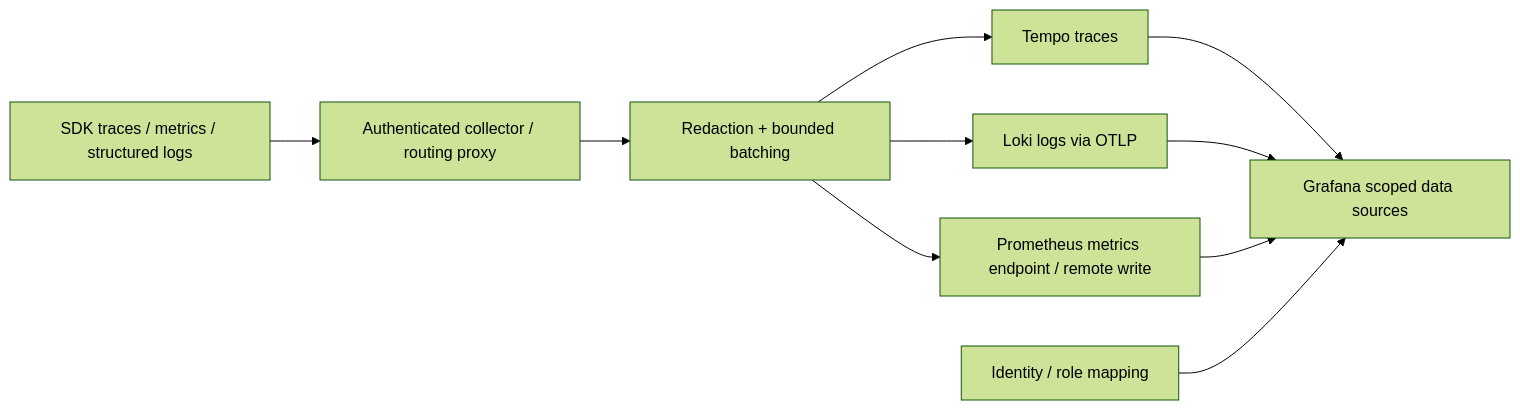
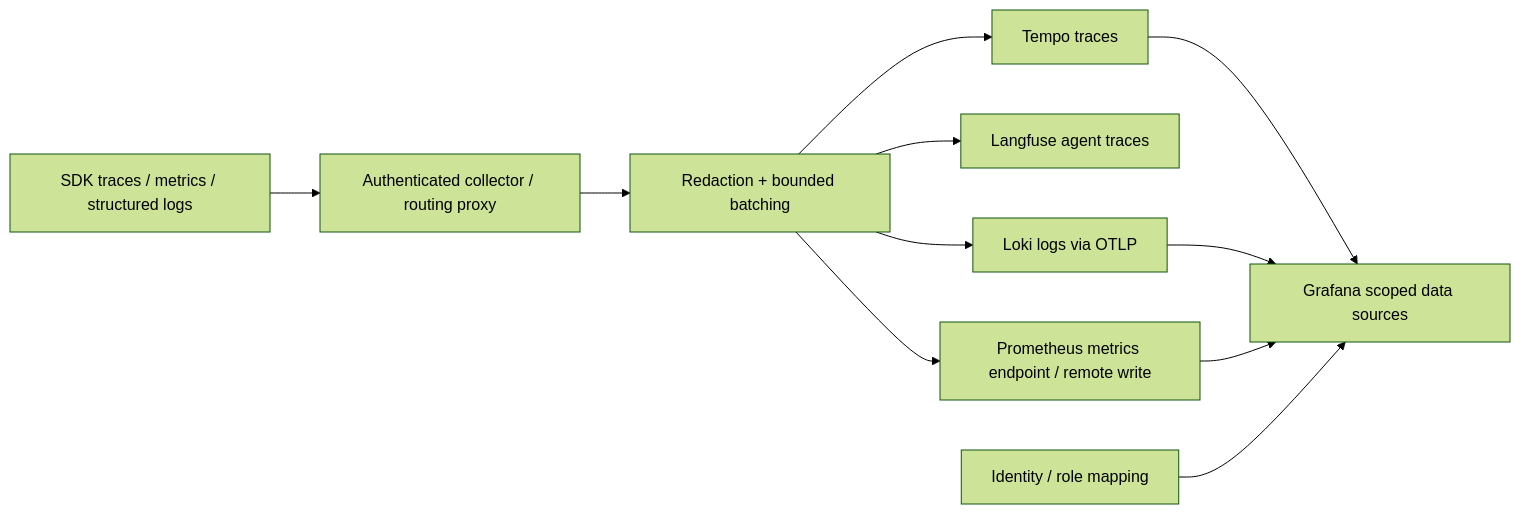
Before and after one commit to SANDESHSALUNKE143/agentic-architecture: the diagram in docs/observability.md, drawn with Mermaid (forest theme). The commit also changed other lines of this file and 34 other files, not shown here.

````diff
--- a/docs/observability.md
+++ b/docs/observability.md
@@ -9,12 +9,13 @@
 ```mermaid
 flowchart LR
   SDK[SDK traces / metrics / structured logs] --> EDGE[Authenticated collector / routing proxy]
   EDGE --> REDACT[Redaction + bounded batching]
   REDACT --> TEMPO[Tempo traces]
+  REDACT --> LF[Langfuse agent traces]
   REDACT --> LOKI[Loki logs via OTLP]
   REDACT --> PROM[Prometheus metrics endpoint / remote write]
   TEMPO --> GRAF[Grafana scoped data sources]
   LOKI --> GRAF
   PROM --> GRAF
   IDP[Identity / role mapping] --> GRAF
 ```
````
